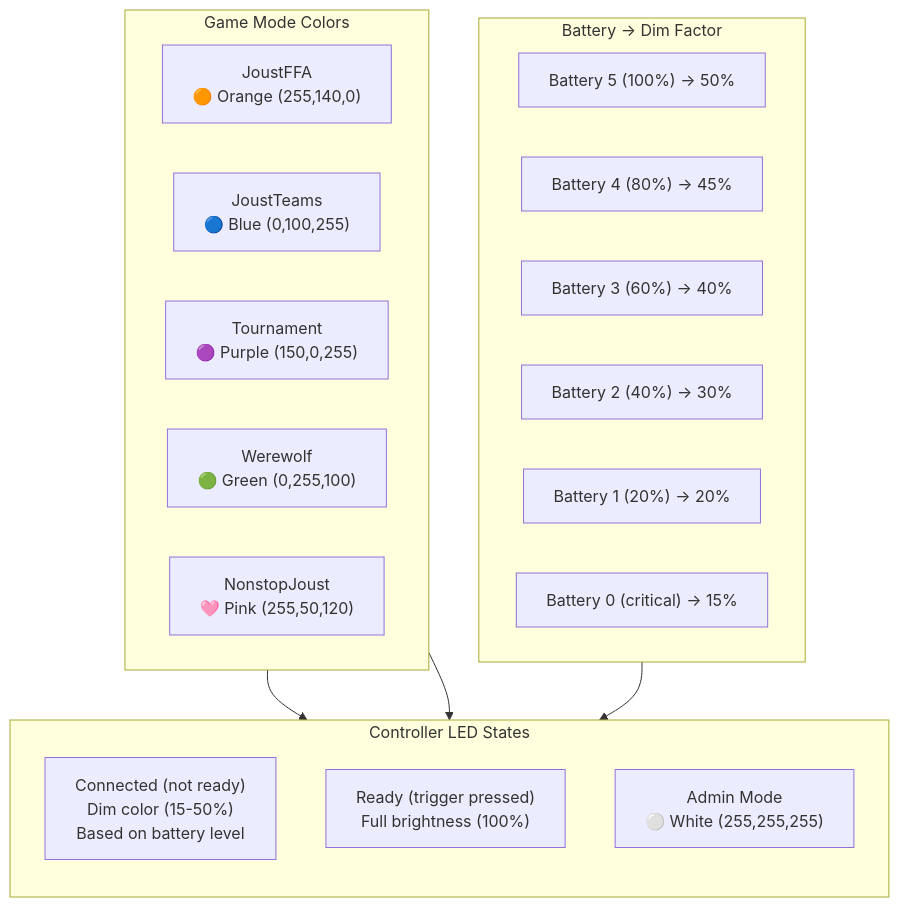
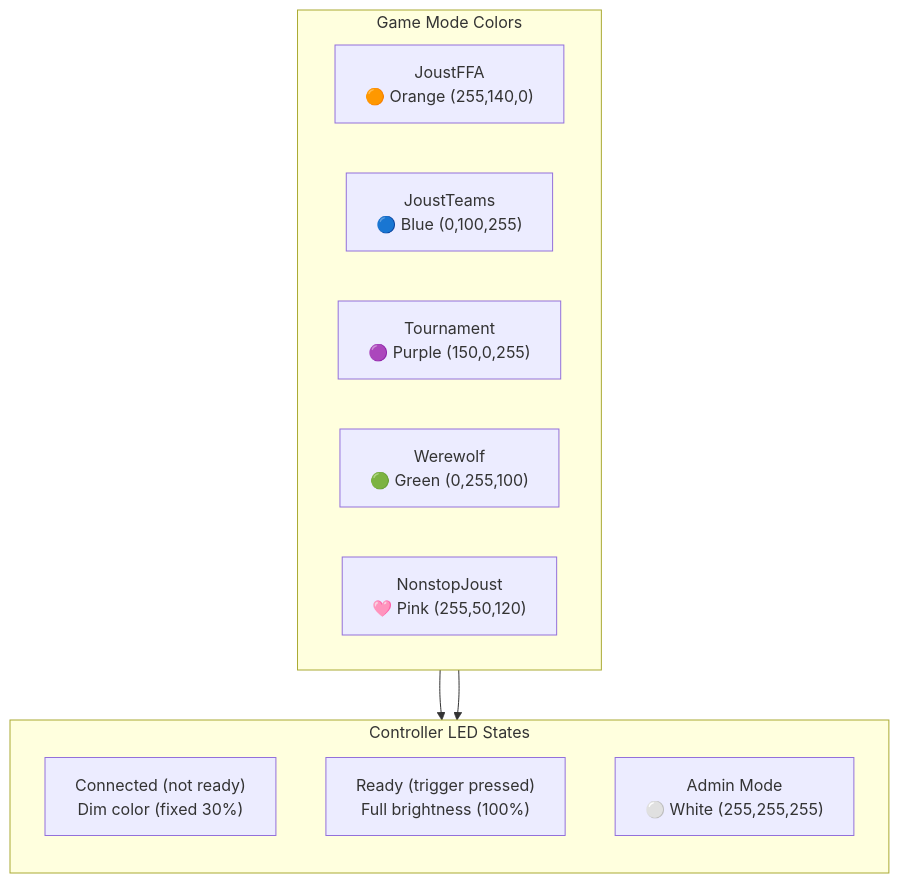
The third of 5 diagrams in services/menu/README.md (WatchMeJoustMyFlags/JoustMania), drawn with Mermaid before and after one commit. The commit also changed other lines of this file and 6 other files, not shown here.

````diff
--- a/services/menu/README.md
+++ b/services/menu/README.md
@@ -184,30 +184,20 @@
 ```mermaid
 flowchart TD
     subgraph GameModes["Game Mode Colors"]
         FFA["JoustFFA<br/>🟠 Orange (255,140,0)"]
         Teams["JoustTeams<br/>🔵 Blue (0,100,255)"]
         Tournament["Tournament<br/>🟣 Purple (150,0,255)"]
         Werewolf["Werewolf<br/>🟢 Green (0,255,100)"]
         Nonstop["NonstopJoust<br/>🩷 Pink (255,50,120)"]
     end
 
     subgraph ControllerState["Controller LED States"]
         direction TB
-        CS_Connected["Connected (not ready)<br/>Dim color (15-50%)<br/>Based on battery level"]
+        CS_Connected["Connected (not ready)<br/>Dim color (fixed 30%)"]
         CS_Ready["Ready (trigger pressed)<br/>Full brightness (100%)"]
         CS_Admin["Admin Mode<br/>⚪ White (255,255,255)"]
     end
 
-    subgraph BatteryDim["Battery → Dim Factor"]
-        B5["Battery 5 (100%) → 50%"]
-        B4["Battery 4 (80%) → 45%"]
-        B3["Battery 3 (60%) → 40%"]
-        B2["Battery 2 (40%) → 30%"]
-        B1["Battery 1 (20%) → 20%"]
-        B0["Battery 0 (critical) → 15%"]
-    end
-
     GameModes --> CS_Connected
     GameModes --> CS_Ready
-    BatteryDim --> CS_Connected
 ```
````
